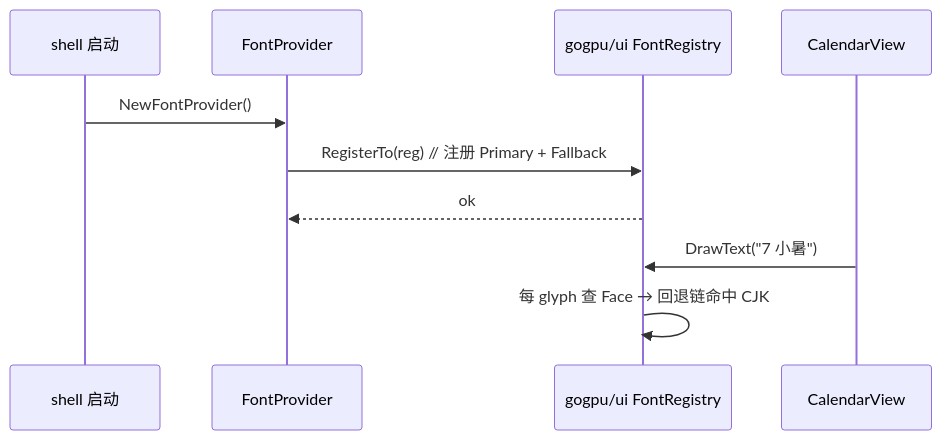
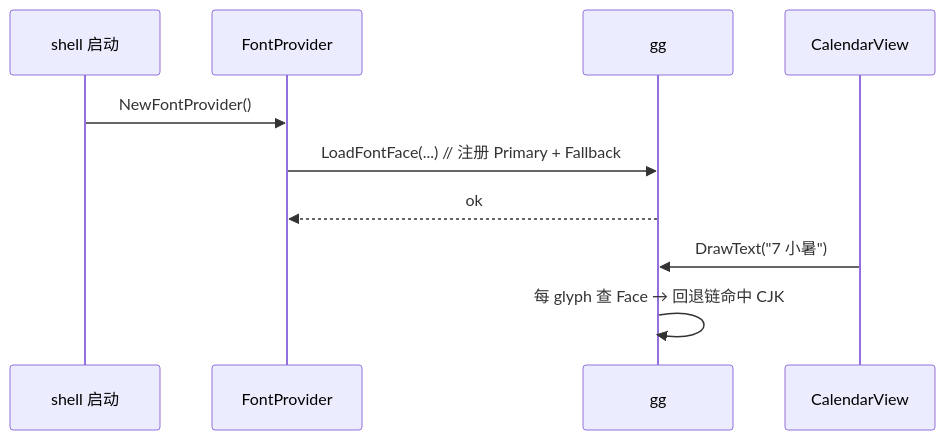
The third of 4 diagrams in docs/40-Theme/Font.md (shaolei/DeskCalendar), drawn with Mermaid before and after one commit. The commit also changed other lines of this file and 25 other files, not shown here.

````diff
--- a/docs/40-Theme/Font.md
+++ b/docs/40-Theme/Font.md
@@ -122,13 +122,13 @@
 ```mermaid
 sequenceDiagram
     participant Boot as shell 启动
     participant FP as FontProvider
-    participant UI as gogpu/ui FontRegistry
+    participant UI as gg
     participant View as CalendarView
 
     Boot->>FP: NewFontProvider()
-    FP->>UI: RegisterTo(reg)  // 注册 Primary + Fallback
+    FP->>UI: LoadFontFace(...)  // 注册 Primary + Fallback
     UI-->>FP: ok
     View->>UI: DrawText("7 小暑")
     UI->>UI: 每 glyph 查 Face → 回退链命中 CJK
 ```
````
